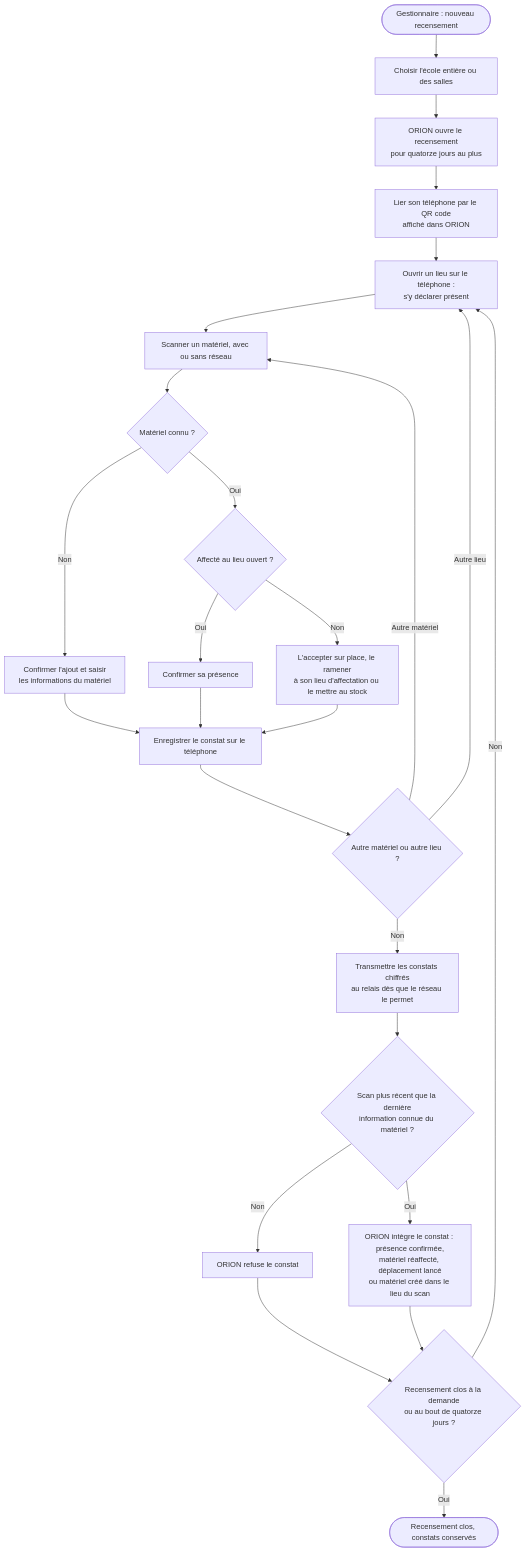
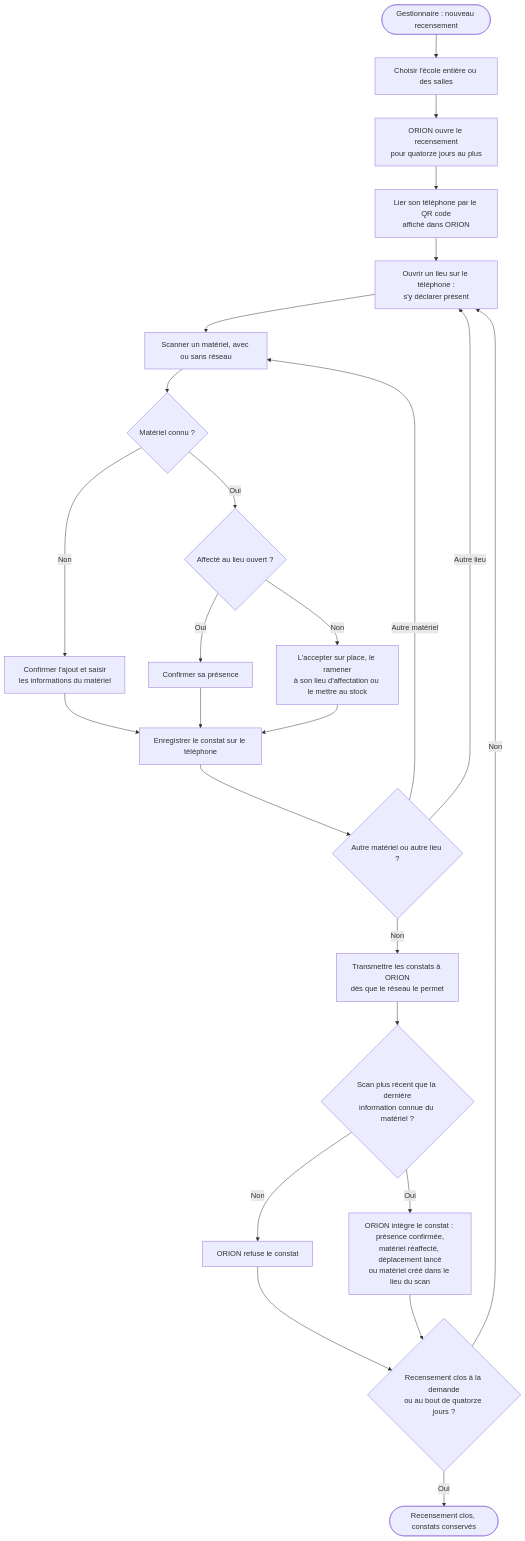
One commit to bpierrelouis/aster changed the tenth of 10 diagrams in docs/02-ANALYSE/01-MODELISATION-METIER/07-DIAGRAMMES-ACTIVITE.md. Above: the diagram before and after it, drawn with Mermaid. The commit also changed other lines of this file and 12 other files, not shown here.

First line of the commit message:
docs: présenter RIGEL selon l'architecture cible

````diff
--- a/docs/02-ANALYSE/01-MODELISATION-METIER/07-DIAGRAMMES-ACTIVITE.md
+++ b/docs/02-ANALYSE/01-MODELISATION-METIER/07-DIAGRAMMES-ACTIVITE.md
@@ -183,27 +183,27 @@
 ```mermaid
 flowchart TD
     debut(["Gestionnaire : nouveau recensement"]) --> perimetre["Choisir l'école entière ou des salles"]
     perimetre --> lancer["ORION ouvre le recensement<br/>pour quatorze jours au plus"]
     lancer --> lier["Lier son téléphone par le QR code<br/>affiché dans ORION"]
     lier --> lieu["Ouvrir un lieu sur le téléphone :<br/>s'y déclarer présent"]
     lieu --> scan["Scanner un matériel, avec ou sans réseau"]
     scan --> connu{"Matériel connu ?"}
     connu -->|"Non"| inconnu["Confirmer l'ajout et saisir<br/>les informations du matériel"]
     connu -->|"Oui"| place{"Affecté au lieu ouvert ?"}
     place -->|"Oui"| present["Confirmer sa présence"]
     place -->|"Non"| ailleurs["L'accepter sur place, le ramener<br/>à son lieu d'affectation ou le mettre au stock"]
     inconnu --> constat["Enregistrer le constat sur le téléphone"]
     present --> constat
     ailleurs --> constat
     constat --> suivant{"Autre matériel ou autre lieu ?"}
     suivant -->|"Autre matériel"| scan
     suivant -->|"Autre lieu"| lieu
-    suivant -->|"Non"| transmettre["Transmettre les constats chiffrés<br/>au relais dès que le réseau le permet"]
+    suivant -->|"Non"| transmettre["Transmettre les constats à ORION<br/>dès que le réseau le permet"]
     transmettre --> recent{"Scan plus récent que la dernière<br/>information connue du matériel ?"}
     recent -->|"Non"| refuse["ORION refuse le constat"]
     recent -->|"Oui"| integrer["ORION intègre le constat : présence confirmée,<br/>matériel réaffecté, déplacement lancé<br/>ou matériel créé dans le lieu du scan"]
     refuse --> cloture
     integrer --> cloture{"Recensement clos à la demande<br/>ou au bout de quatorze jours ?"}
     cloture -->|"Non"| lieu
     cloture -->|"Oui"| fin(["Recensement clos, constats conservés"])
 ```
````
